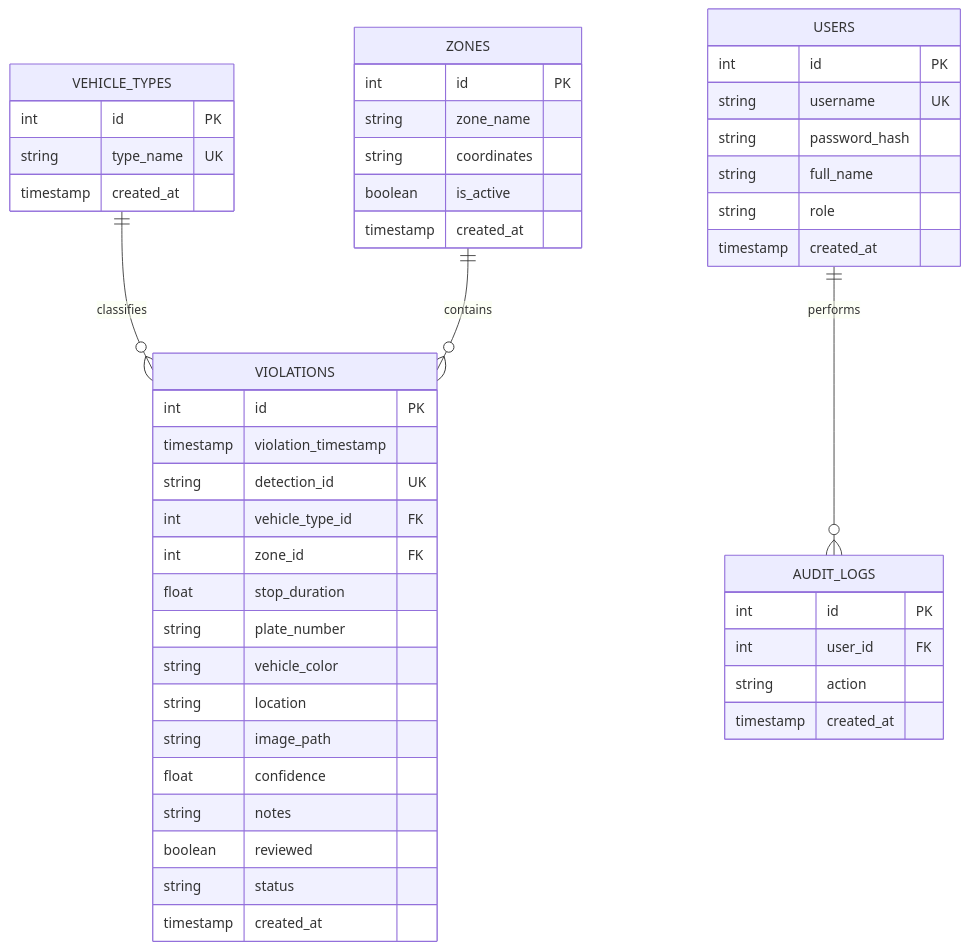
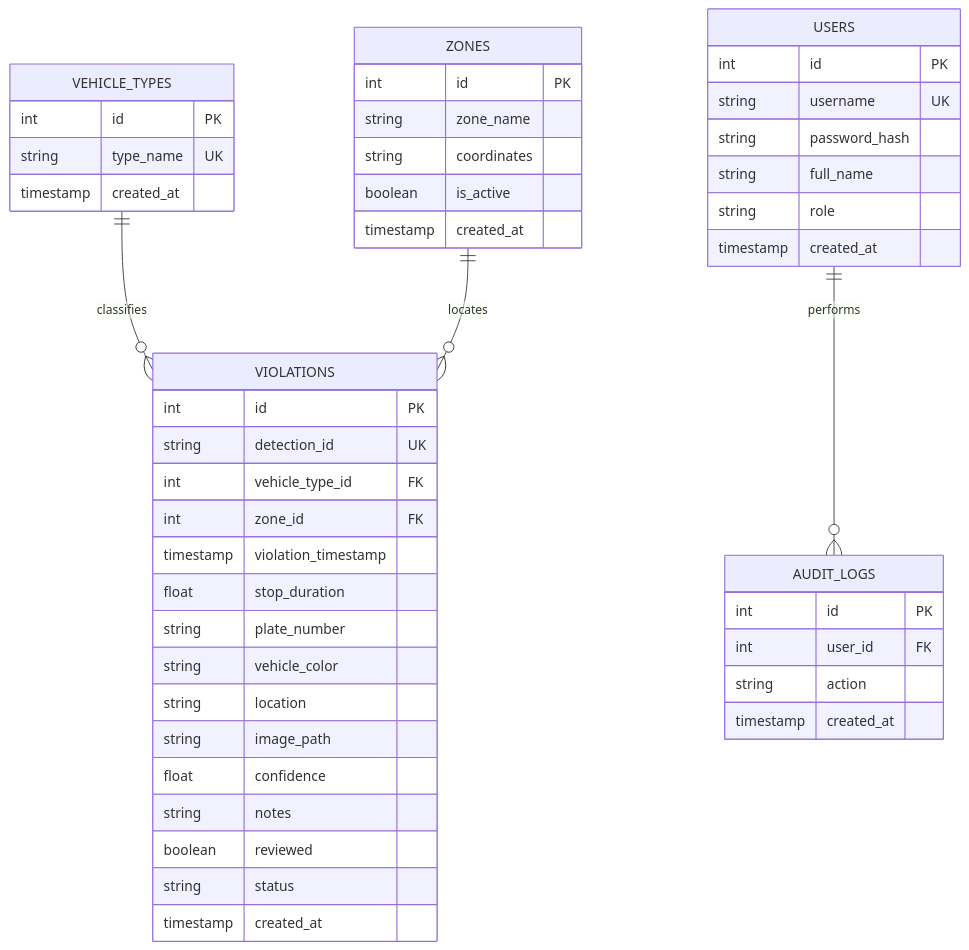
Before and after one commit to Chun-taro/AI-Powered-Yellow-Box-Zone-Violation-Monitoring-System: the sixth of 6 diagrams in docs/Revised_Research_Paper.md, drawn with Mermaid. The commit also changed other lines of this file and 8 other files, not shown here.

Commit message:
fix(detection, docs): restore full-scene vehicle tracking, optimize startup warm-up, and clean manuscript diagrams

````diff
--- a/docs/Revised_Research_Paper.md
+++ b/docs/Revised_Research_Paper.md
@@ -659,54 +615,54 @@
 ```mermaid
 erDiagram
     VEHICLE_TYPES ||--o{ VIOLATIONS : classifies
-    ZONES ||--o{ VIOLATIONS : contains
+    ZONES ||--o{ VIOLATIONS : locates
     USERS ||--o{ AUDIT_LOGS : performs
 
     VEHICLE_TYPES {
         int id PK
         string type_name UK
         timestamp created_at
     }
 
     ZONES {
         int id PK
         string zone_name
         string coordinates
         boolean is_active
         timestamp created_at
     }
 
     VIOLATIONS {
         int id PK
-        timestamp violation_timestamp
         string detection_id UK
         int vehicle_type_id FK
         int zone_id FK
+        timestamp violation_timestamp
         float stop_duration
         string plate_number
         string vehicle_color
         string location
         string image_path
         float confidence
         string notes
         boolean reviewed
         string status
         timestamp created_at
     }
 
     USERS {
         int id PK
         string username UK
         string password_hash
         string full_name
         string role
         timestamp created_at
     }
 
     AUDIT_LOGS {
         int id PK
         int user_id FK
         string action
         timestamp created_at
     }
 ```
````
